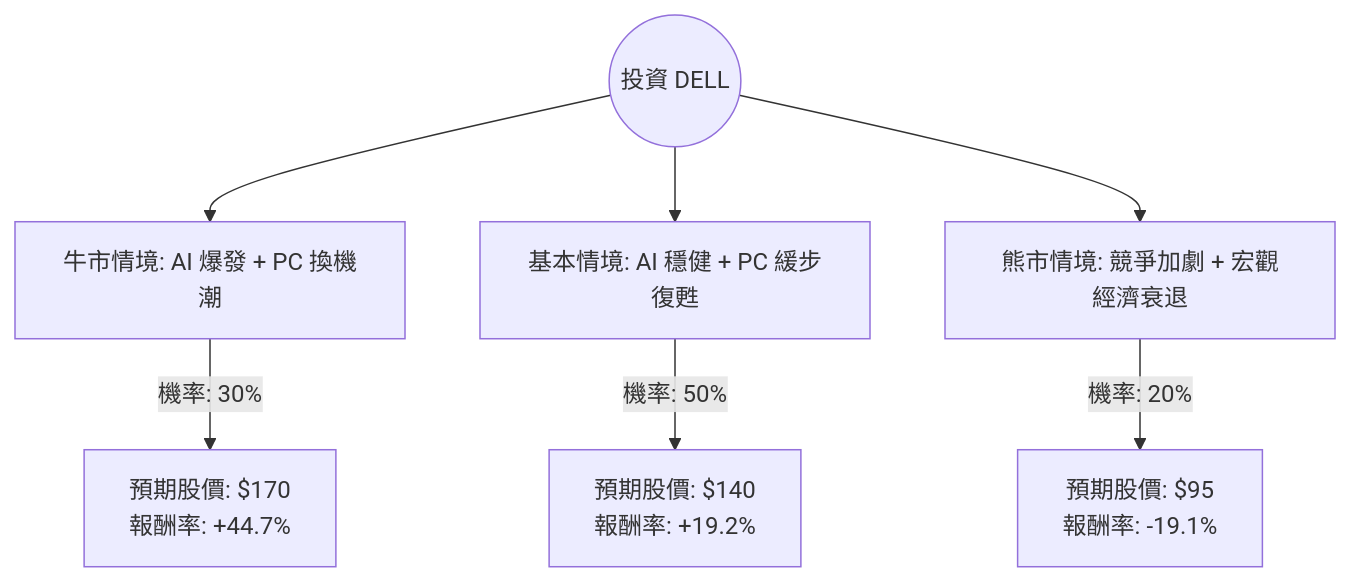
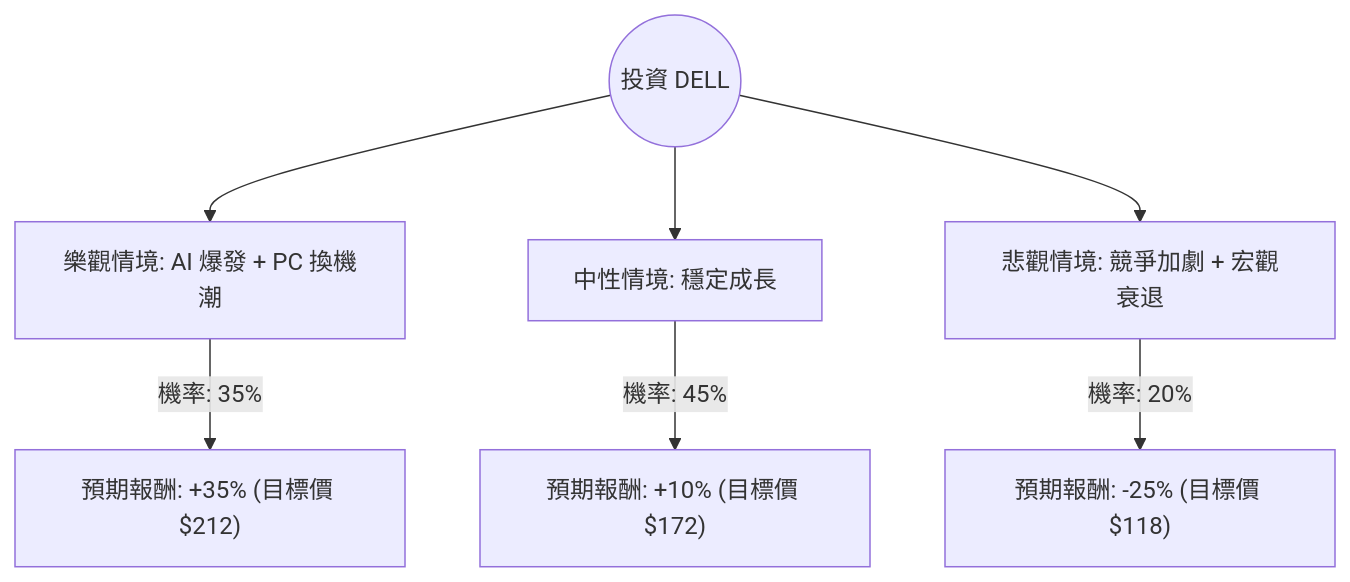
One commit to zmcx16/zmcx16.github.io changed the diagram in plugin-react/ai-analysis/ev-analysis/DELL.md. Above: the diagram before and after it, drawn with Mermaid. The commit also changed other lines of this file and 75 other files, not shown here.

````diff
--- a/plugin-react/ai-analysis/ev-analysis/DELL.md
+++ b/plugin-react/ai-analysis/ev-analysis/DELL.md
@@ -21,10 +20,10 @@
 ```mermaid
 graph TD
-    Start((投資 DELL)) --> Bull[牛市情境: AI 爆發 + PC 換機潮]
-    Start --> Base[基本情境: AI 穩健 + PC 緩步復甦]
-    Start --> Bear[熊市情境: 競爭加劇 + 宏觀經濟衰退]
+    Start((投資 DELL)) --> Bull[樂觀情境: AI 爆發 + PC 換機潮]
+    Start --> Base[中性情境: 穩定成長]
+    Start --> Bear[悲觀情境: 競爭加劇 + 宏觀衰退]
 
-    Bull -- "機率: 30%" --> BullVal["預期股價: $170 <br> 報酬率: +44.7%"]
-    Base -- "機率: 50%" --> BaseVal["預期股價: $140 <br> 報酬率: +19.2%"]
-    Bear -- "機率: 20%" --> BearVal["預期股價: $95 <br> 報酬率: -19.1%"]
+    Bull -- "機率: 35%" --> Bull_EV["預期報酬: +35% (目標價 $212)"]
+    Base -- "機率: 45%" --> Base_EV["預期報酬: +10% (目標價 $172)"]
+    Bear -- "機率: 20%" --> Bear_EV["預期報酬: -25% (目標價 $118)"]
 ```
````
